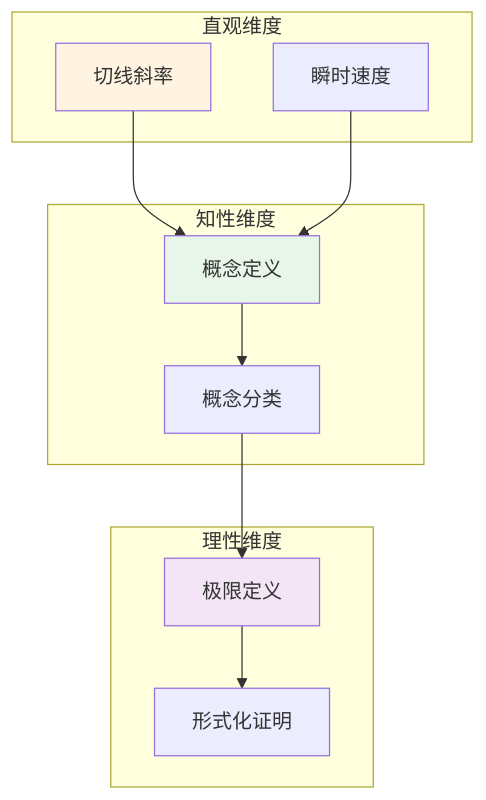
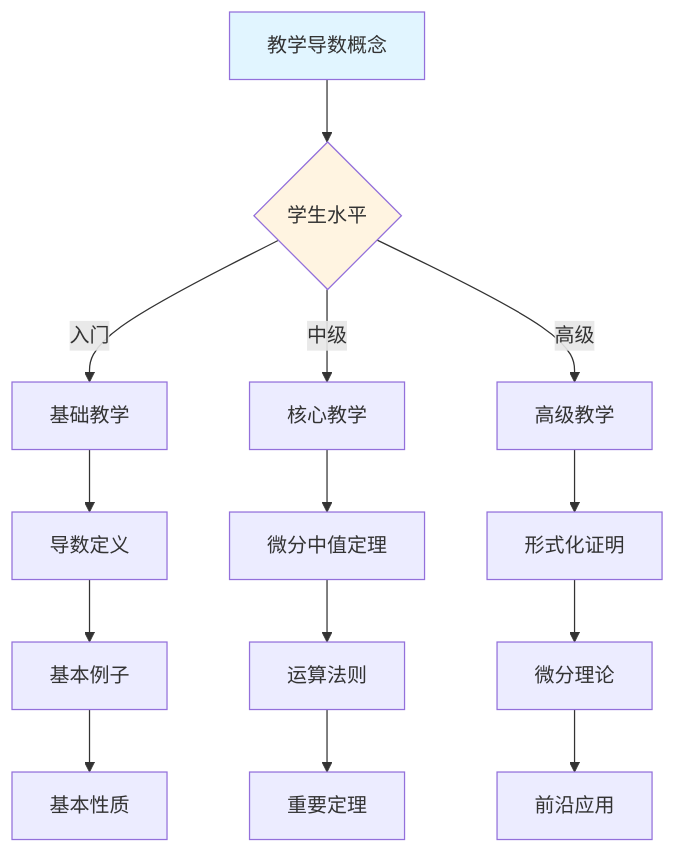
One commit to AdaMartin18010/FormalMath changed the tenth of 10 diagrams in concept/核心概念/15-导数.md. Above: the diagram before and after it, drawn with Mermaid. The commit also changed other lines of this file and 4793 other files, not shown here.

````diff
--- a/concept/核心概念/15-导数.md
+++ b/concept/核心概念/15-导数.md
@@ -710,27 +2825,22 @@
 ```mermaid
-graph TB
-    subgraph 直观维度
-        A1[切线斜率]
-        A2[瞬时速度]
-    end
+graph TD
+    A[教学导数概念] --> B{学生水平}
+    B -->|入门| C[基础教学]
+    B -->|中级| D[核心教学]
+    B -->|高级| E[高级教学]
 
-    subgraph 知性维度
-        B1[概念定义]
-        B2[概念分类]
-    end
+    C --> C1[导数定义]
+    C1 --> C2[基本例子]
+    C2 --> C3[基本性质]
 
-    subgraph 理性维度
-        C1[极限定义]
-        C2[形式化证明]
-    end
+    D --> D1[微分中值定理]
+    D1 --> D2[运算法则]
+    D2 --> D3[重要定理]
 
-    A1 --> B1
-    A2 --> B1
-    B1 --> B2
-    B2 --> C1
-    C1 --> C2
+    E --> E1[形式化证明]
+    E1 --> E2[微分理论]
+    E2 --> E3[前沿应用]
 
-    style A1 fill:#fff4e1
-    style B1 fill:#e8f5e9
-    style C1 fill:#f3e5f5
+    style A fill:#e1f5ff
+    style B fill:#fff4e1
 ```
````
